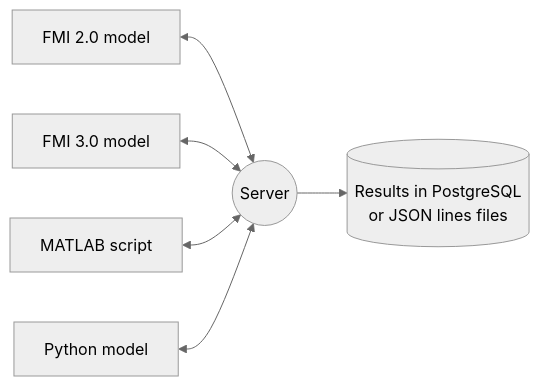
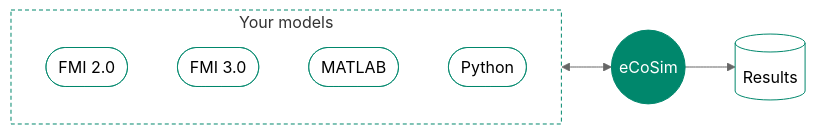
Before and after one commit to KIT-IAI-ESA/eCoSim: the diagram in README.md, drawn with Mermaid (neutral theme). The commit also changed other lines of this file, not shown here.

First line of the commit message:
docs: center the top of the README, add badges and shorten the diagram and the text

````diff
--- a/README.md
+++ b/README.md
@@ -20,8 +25,17 @@
 ```mermaid
 flowchart LR
-    fmu2["FMI 2.0 model"] <--> server
-    fmu3["FMI 3.0 model"] <--> server
-    matlab["MATLAB script"] <--> server
-    python["Python model"] <--> server
-    server(("Server")) --> results[("Results in PostgreSQL<br/>or JSON lines files")]
+    subgraph models["Your models"]
+        direction TB
+        fmu2(["FMI 2.0"])
+        fmu3(["FMI 3.0"])
+        matlab(["MATLAB"])
+        python(["Python"])
+    end
+    models <--> server(("eCoSim"))
+    server --> results[("Results")]
+    classDef accent fill:#00876c,stroke:#00876c,color:#ffffff
+    classDef plain fill:transparent,stroke:#00876c
+    class server accent
+    class fmu2,fmu3,matlab,python,results plain
+    style models fill:transparent,stroke:#00876c,stroke-dasharray:4 3
 ```
````
